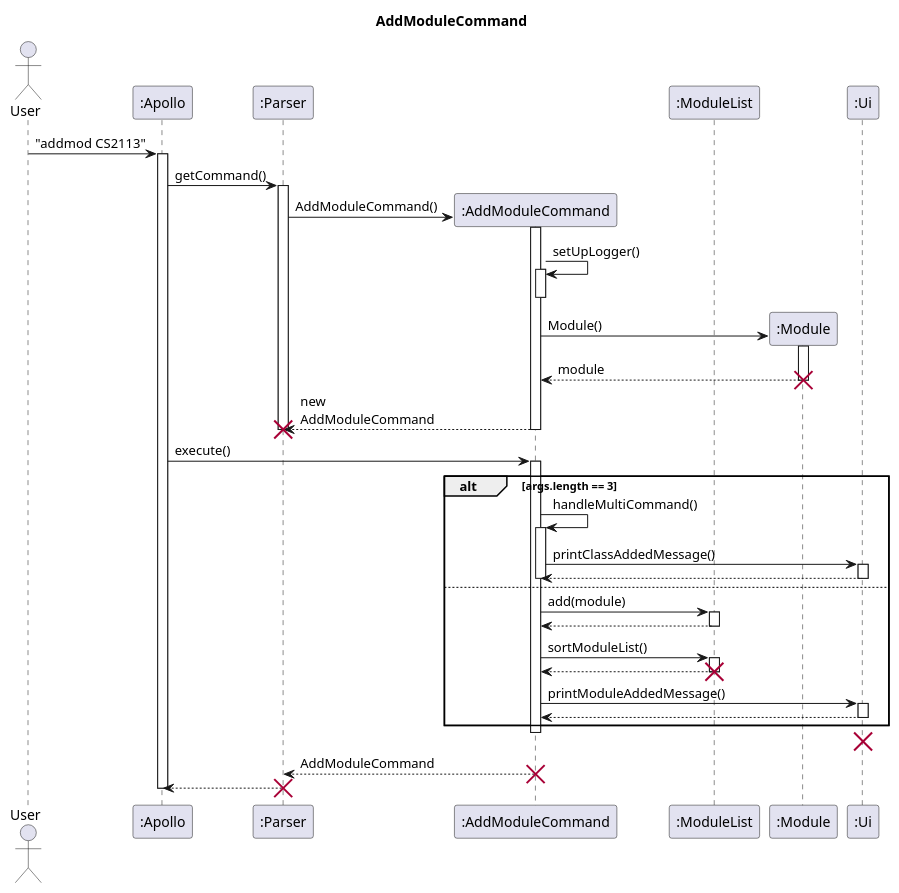
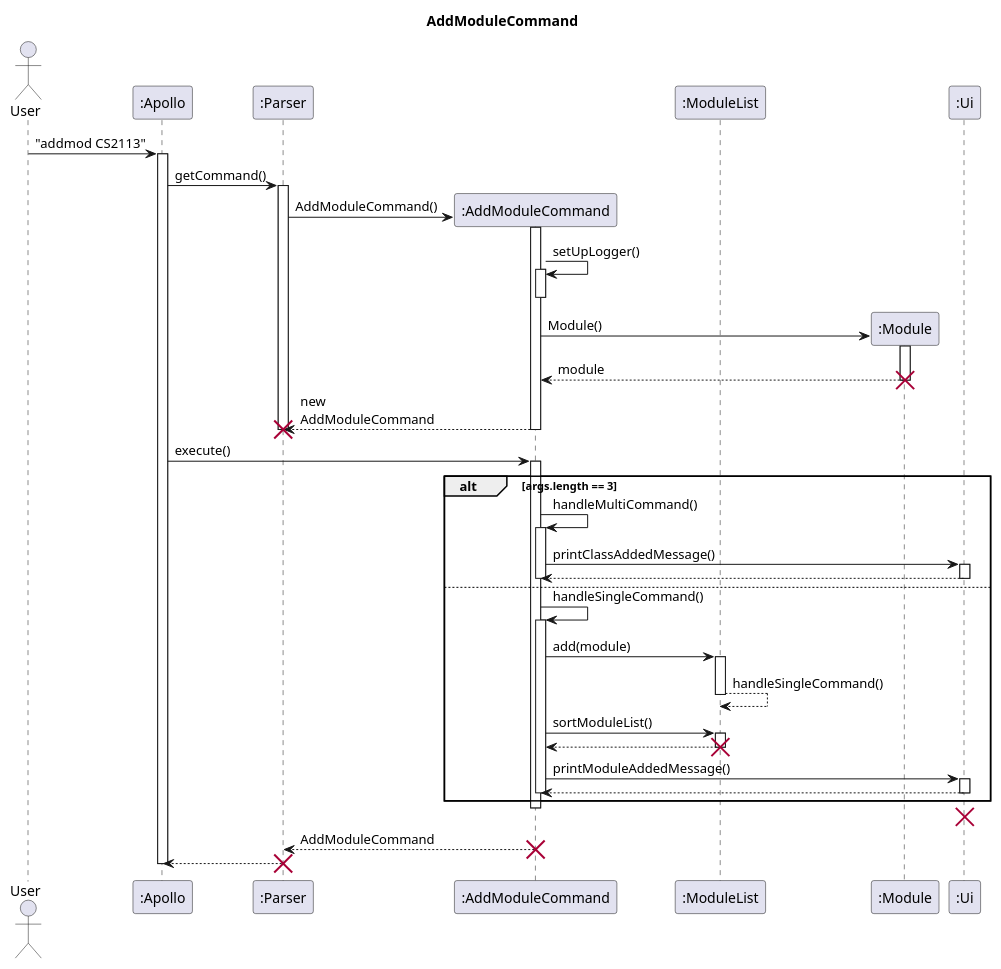
Before and after one commit to nus-cs2113-AY2223S2/tp: the diagram in docs/uml-source/sequence/AddModule.puml, drawn with PlantUML. The commit also changed 5 other files, not shown here.

```diff
--- a/docs/uml-source/sequence/AddModule.puml
+++ b/docs/uml-source/sequence/AddModule.puml
@@ -1,77 +1,80 @@
 @startuml
 'https://plantuml.com/sequence-diagram
 
 skinparam maxMessageSize 150
 
 title AddModuleCommand
 
 actor User
 participant ":Apollo" as Apollo
 participant ":Parser" as Parser
 participant ":AddModuleCommand" as AddModuleCommand
 participant ":ModuleList" as ModuleList
 participant ":Module" as Module
 participant ":Ui" as Ui
 
 User -> Apollo : "addmod CS2113"
 activate Apollo
 
 Apollo -> Parser : getCommand()
 activate Parser
 
 Parser -> AddModuleCommand** : AddModuleCommand()
 activate AddModuleCommand
 AddModuleCommand -> AddModuleCommand : setUpLogger()
 activate AddModuleCommand
 deactivate AddModuleCommand
 
 AddModuleCommand -> Module** : Module()
 activate Module
 Module --> AddModuleCommand : module
 deactivate Module
 destroy Module
 
 AddModuleCommand --> Parser: new AddModuleCommand
 deactivate AddModuleCommand
 deactivate Parser
 destroy Parser
 
 Apollo -> AddModuleCommand : execute()
 activate AddModuleCommand
 alt args.length == 3
     AddModuleCommand -> AddModuleCommand : handleMultiCommand()
     activate AddModuleCommand
     AddModuleCommand -> Ui : printClassAddedMessage()
     activate Ui
     Ui --> AddModuleCommand
     deactivate Ui
     deactivate AddModuleCommand
 else
+    AddModuleCommand -> AddModuleCommand : handleSingleCommand()
+    activate AddModuleCommand
     AddModuleCommand -> ModuleList: add(module)
     activate ModuleList
-    ModuleList --> AddModuleCommand
+    ModuleList --> ModuleList: handleSingleCommand()
     deactivate ModuleList
 
     AddModuleCommand -> ModuleList : sortModuleList()
     activate ModuleList
     ModuleList --> AddModuleCommand
     deactivate ModuleList
     destroy ModuleList
 
     AddModuleCommand -> Ui : printModuleAddedMessage()
     activate Ui
     Ui --> AddModuleCommand
+    deactivate AddModuleCommand
     deactivate Ui
 
 end
 deactivate AddModuleCommand
 destroy Ui
 AddModuleCommand --> Parser : AddModuleCommand
 deactivate AddModuleCommand
 destroy AddModuleCommand
 Parser --> Apollo
 deactivate Parser
 destroy Parser
 deactivate Apollo
 
 @enduml
```
